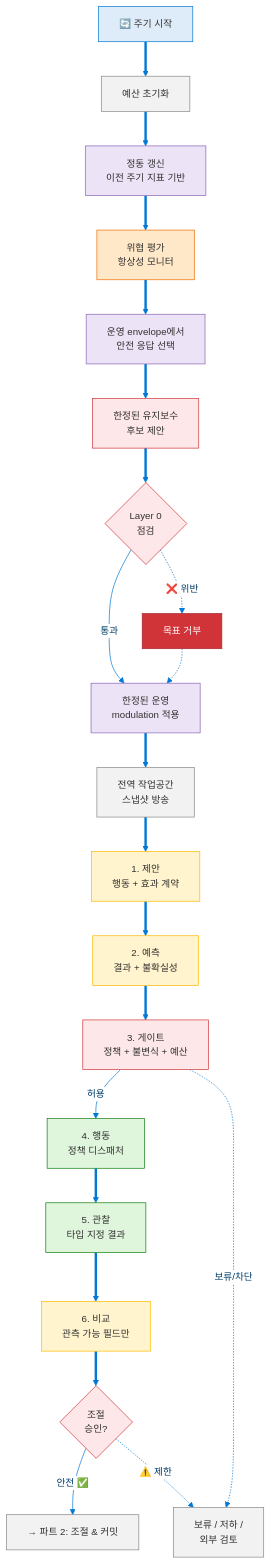
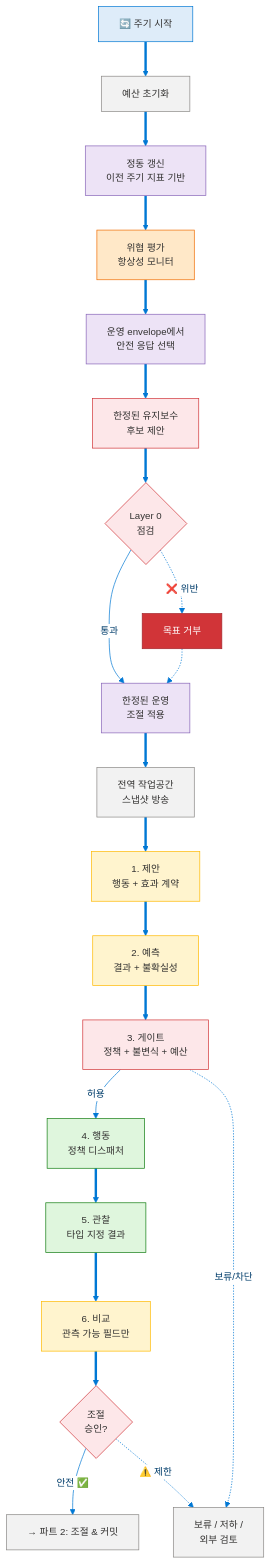
The sixth of 19 diagrams in docs/levels/Level_3_Self_Regulating_Agent.ko.md (dotnetpower/mscp), drawn with Mermaid before and after one commit. The commit also changed other lines of this file and 33 other files, not shown here.

````diff
--- a/docs/levels/Level_3_Self_Regulating_Agent.ko.md
+++ b/docs/levels/Level_3_Self_Regulating_Agent.ko.md
@@ -490,58 +494,58 @@
 ```mermaid
 %%{init: {'theme': 'base', 'themeVariables': {'primaryColor': '#0078D4', 'primaryTextColor': '#003D6B', 'primaryBorderColor': '#003D6B', 'secondaryColor': '#50E6FF', 'secondaryTextColor': '#323130', 'secondaryBorderColor': '#00BCF2', 'tertiaryColor': '#F2F2F2', 'tertiaryTextColor': '#323130', 'lineColor': '#0078D4', 'textColor': '#323130', 'mainBkg': '#DEECF9', 'nodeBorder': '#0078D4', 'clusterBkg': '#F2F2F2', 'clusterBorder': '#003D6B', 'titleColor': '#003D6B', 'edgeLabelBackground': '#FFFFFF', 'fontSize': '14px'}}}%%
 flowchart TD
   classDef start fill:#DEECF9,stroke:#0078D4,color:#323130
   classDef infra fill:#F2F2F2,stroke:#8A8886,color:#323130
   classDef affect fill:#EDE3F6,stroke:#8764B8,color:#323130
   classDef warning fill:#FFE8C8,stroke:#EF6C00,color:#323130
   classDef safety fill:#FDE7E9,stroke:#D13438,color:#323130
   classDef safetyStrong fill:#D13438,stroke:#A4262C,color:#FFF
   classDef predict fill:#FFF4CE,stroke:#FFB900,color:#323130
   classDef action fill:#DFF6DD,stroke:#107C10,color:#323130
   classDef neutral fill:#F2F2F2,stroke:#8A8886,color:#323130
 
   START["🔄 주기 시작"]:::start
   RESET["예산 초기화"]:::infra
   AFFECT["정동 갱신<br/>이전 주기 지표 기반"]:::affect
   THREAT["위협 평가<br/>항상성 모니터"]:::warning
   ANXIETY["운영 envelope에서<br/>안전 응답 선택"]:::affect
   SGOAL["한정된 유지보수<br/>후보 제안"]:::safety
 
   L0CHECK{"Layer 0<br/>점검"}:::safety
   REJECT["목표 거부"]:::safetyStrong
-  MOTIV["한정된 운영<br/>modulation 적용"]:::affect
+  MOTIV["한정된 운영<br/>조절 적용"]:::affect
   GWS["전역 작업공간<br/>스냅샷 방송"]:::infra
 
   PROPOSE["1. 제안<br/>행동 + 효과 계약"]:::predict
   PREDICT["2. 예측<br/>결과 + 불확실성"]:::predict
   GATE["3. 게이트<br/>정책 + 불변식 + 예산"]:::safety
   ACT["4. 행동<br/>정책 디스패처"]:::action
   OBSERVE["5. 관찰<br/>타입 지정 결과"]:::action
   COMPARE["6. 비교<br/>관측 가능 필드만"]:::predict
 
   GUARD{"조절<br/>승인?"}:::safety
   COOLDOWN["보류 / 저하 /<br/>외부 검토"]:::infra
   NEXT["→ 파트 2: 조절 & 커밋"]:::neutral
 
   START ==> RESET
   RESET ==> AFFECT
   AFFECT ==> THREAT
   THREAT ==> ANXIETY
   ANXIETY ==> SGOAL
   SGOAL ==> L0CHECK
   L0CHECK -->|통과| MOTIV
   L0CHECK -.->|"❌ 위반"| REJECT
   REJECT -.-> MOTIV
   MOTIV ==> GWS
 
   GWS ==> PROPOSE
   PROPOSE ==> PREDICT
   PREDICT ==> GATE
   GATE -->|허용| ACT
   GATE -.->|보류/차단| COOLDOWN
   ACT ==> OBSERVE
   OBSERVE ==> COMPARE
   COMPARE ==> GUARD
   GUARD -->|"안전 ✅"| NEXT
   GUARD -.->|"⚠️ 제한"| COOLDOWN
 ```
````
